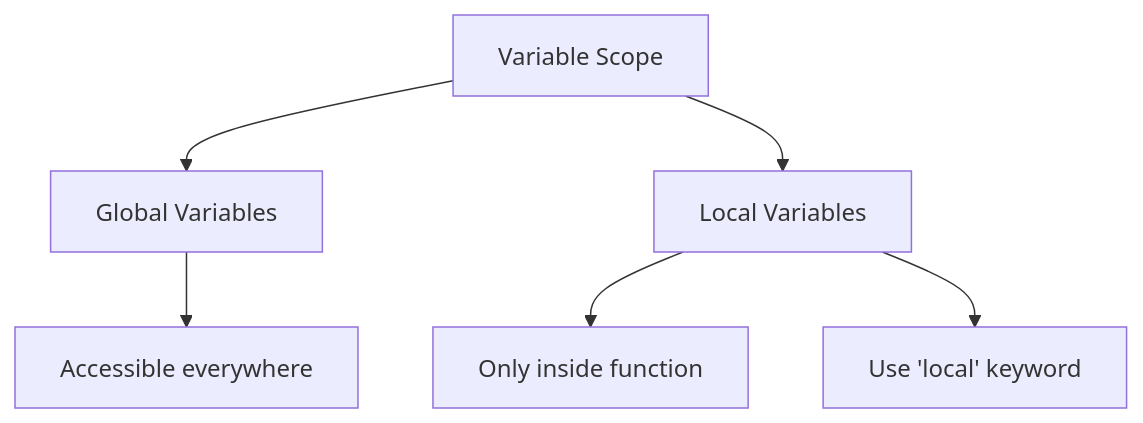
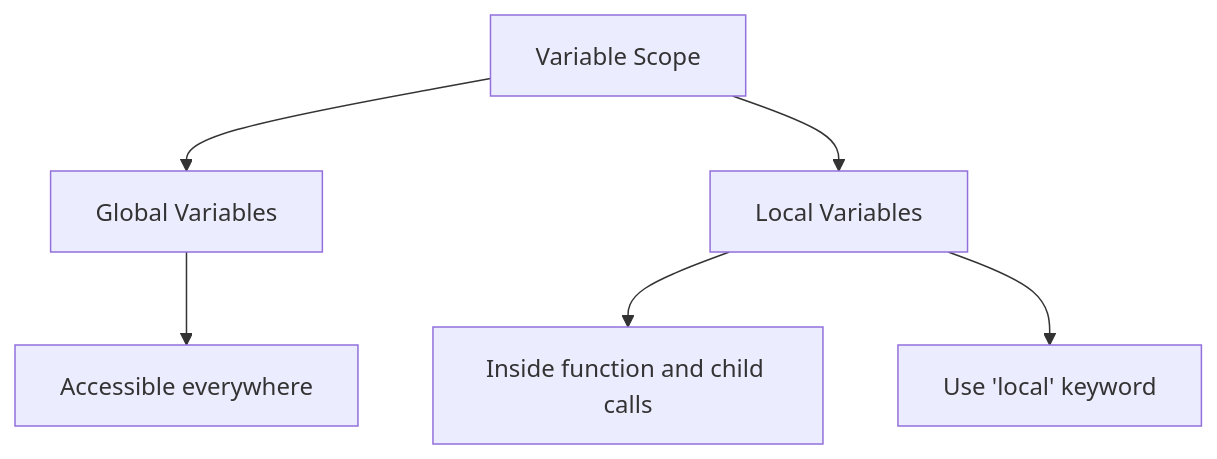
Before and after one commit to OneUptime/blog: the third of 3 diagrams in posts/2026-01-24-bash-functions/README.md, drawn with Mermaid. The commit also changed other lines of this file and 4262 other files, not shown here.

````diff
--- a/posts/2026-01-24-bash-functions/README.md
+++ b/posts/2026-01-24-bash-functions/README.md
@@ -134,8 +135,8 @@
 ```mermaid
 flowchart TD
     A[Variable Scope] --> B[Global Variables]
     A --> C[Local Variables]
     B --> D[Accessible everywhere]
-    C --> F[Only inside function]
+    C --> F[Inside function and child calls]
     C --> G[Use 'local' keyword]
 ```
````
